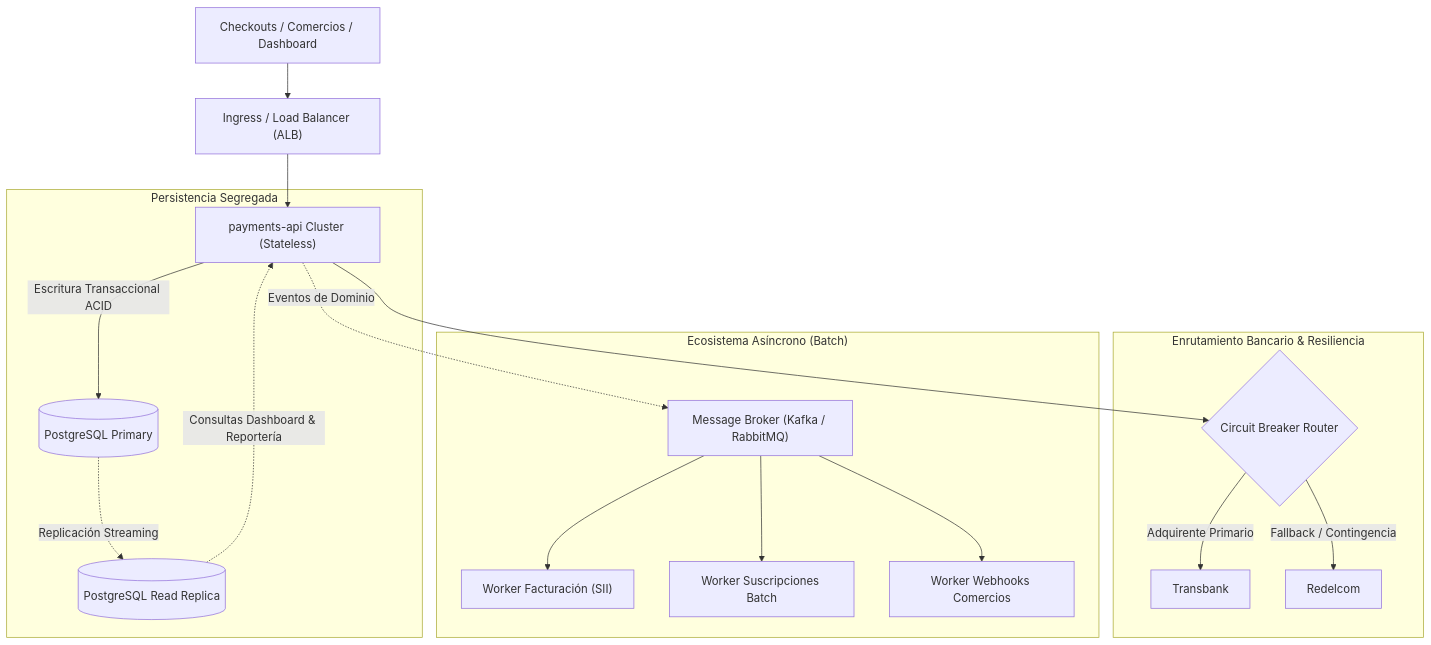
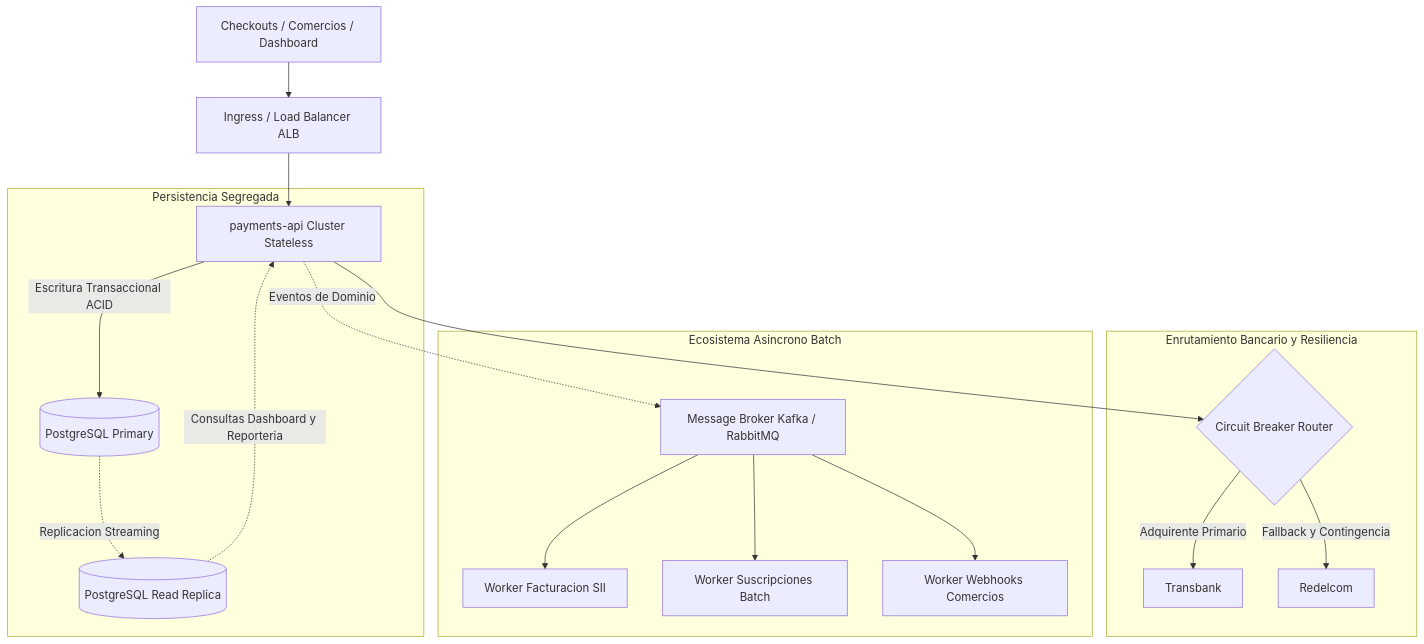
The fifth of 5 diagrams in README.md (ImSoHappi/test-haulmer), drawn with Mermaid before and after one commit. The commit also changed other lines of this file, not shown here.

Commit message:
fix(docs): sanitize mermaid diagram syntax in README

````diff
--- a/README.md
+++ b/README.md
@@ -440,24 +440,24 @@
 ```mermaid
 flowchart TD
-    Client["Checkouts / Comercios / Dashboard"] --> Ingress["Ingress / Load Balancer (ALB)"]
-    Ingress --> API["payments-api Cluster (Stateless)"]
+    Client["Checkouts / Comercios / Dashboard"] --> Ingress["Ingress / Load Balancer ALB"]
+    Ingress --> API["payments-api Cluster Stateless"]
 
     subgraph Storage ["Persistencia Segregada"]
         API -->|Escritura Transaccional ACID| DBP[("PostgreSQL Primary")]
-        DBP -.->|Replicación Streaming| DBR[("PostgreSQL Read Replica")]
-        DBR -.->|Consultas Dashboard & Reportería| API
+        DBP -.->|Replicacion Streaming| DBR[("PostgreSQL Read Replica")]
+        DBR -.->|Consultas Dashboard y Reporteria| API
     end
 
-    subgraph Banking ["Enrutamiento Bancario & Resiliencia"]
+    subgraph Banking ["Enrutamiento Bancario y Resiliencia"]
         API --> CB{"Circuit Breaker Router"}
         CB -->|Adquirente Primario| BankA["Transbank"]
-        CB -->|Fallback / Contingencia| BankB["Redelcom"]
+        CB -->|Fallback y Contingencia| BankB["Redelcom"]
     end
 
-    subgraph AsyncEcosystem ["Ecosistema Asíncrono (Batch)"]
-        API -.->|Eventos de Dominio| Queue["Message Broker (Kafka / RabbitMQ)"]
-        Queue --> W_Invoicing["Worker Facturación (SII)"]
+    subgraph AsyncEcosystem ["Ecosistema Asincrono Batch"]
+        API -.->|Eventos de Dominio| Queue["Message Broker Kafka / RabbitMQ"]
+        Queue --> W_Invoicing["Worker Facturacion SII"]
         Queue --> W_Subs["Worker Suscripciones Batch"]
         Queue --> W_Webhooks["Worker Webhooks Comercios"]
     end
 ```
````
